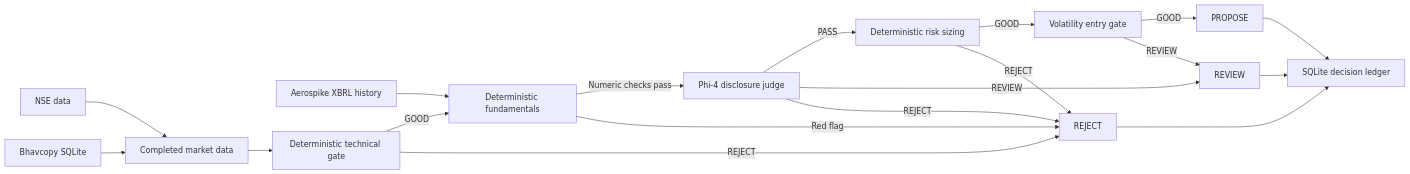
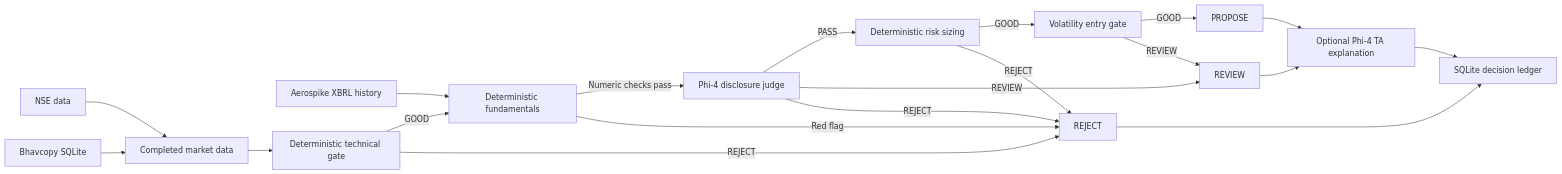
The diagram in README.md (avinashsahu/loop-vs-graph-eng), drawn with Mermaid before and after one commit. The commit also changed other lines of this file and 34 other files, not shown here.

````diff
--- a/README.md
+++ b/README.md
@@ -13,25 +13,26 @@
 ```mermaid
 flowchart LR
     NSE[NSE data] --> DATA[Completed market data]
     BHAV[Bhavcopy SQLite] --> DATA
     XBRL[Aerospike XBRL history] --> FUND
 
     DATA --> TECH[Deterministic technical gate]
     TECH -->|GOOD| FUND[Deterministic fundamentals]
     TECH -->|REJECT| STOP[REJECT]
 
     FUND -->|Numeric checks pass| LLM[Phi-4 disclosure judge]
     FUND -->|Red flag| STOP
     LLM -->|PASS| RISK[Deterministic risk sizing]
     LLM -->|REVIEW| REVIEW[REVIEW]
     LLM -->|REJECT| STOP
 
     RISK -->|GOOD| VOL[Volatility entry gate]
     RISK -->|REJECT| STOP
     VOL -->|GOOD| PROPOSE[PROPOSE]
     VOL -->|REVIEW| REVIEW
 
-    PROPOSE --> LEDGER[SQLite decision ledger]
-    REVIEW --> LEDGER
+    PROPOSE --> EXPLAIN[Optional Phi-4 TA explanation]
+    REVIEW --> EXPLAIN
+    EXPLAIN --> LEDGER[SQLite decision ledger]
     STOP --> LEDGER
 ```
````
